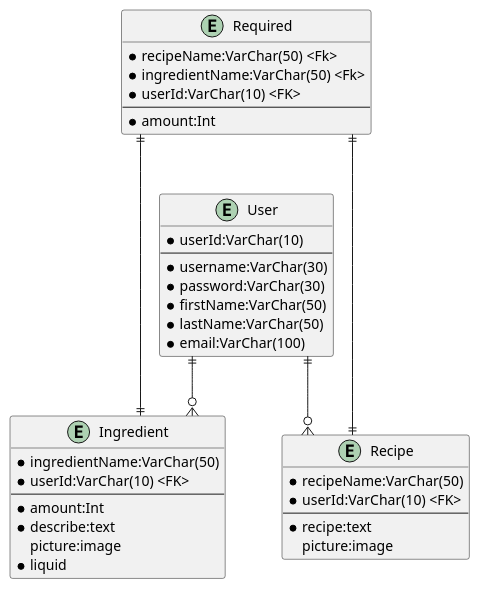
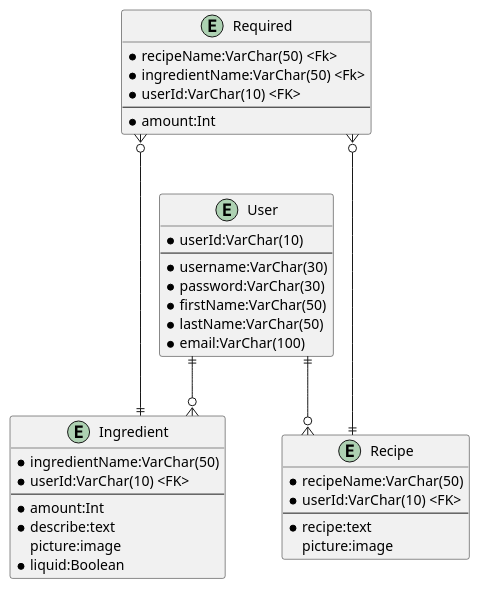
Before and after one commit to bluewolf44/PantryPal: the diagram in Diagrams/BTeamERD.puml, drawn with PlantUML. The commit also changed 1 other file, not shown here.

```diff
--- a/Diagrams/BTeamERD.puml
+++ b/Diagrams/BTeamERD.puml
@@ -1,47 +1,47 @@
 @startuml
 
 skinparam linetype polyline
 skinparam linetype ortho
 
     entity User {
         * userId:VarChar(10)
         --
         * username:VarChar(30)
         * password:VarChar(30)
         * firstName:VarChar(50)
         * lastName:VarChar(50)
         * email:VarChar(100)
     }
 
     entity Ingredient {
         * ingredientName:VarChar(50)
         * userId:VarChar(10) <FK>
         --
         * amount:Int
         * describe:text
         picture:image
-        * liquid
+        * liquid:Boolean
     }
 
     entity Recipe {
         * recipeName:VarChar(50)
         * userId:VarChar(10) <FK>
         --
         * recipe:text
         picture:image
     }
 
     entity Required {
         * recipeName:VarChar(50) <Fk>
         * ingredientName:VarChar(50) <Fk>
         * userId:VarChar(10) <FK>
         --
         * amount:Int
     }
 
     User ||--o{ Ingredient
     User ||--o{ Recipe
-    Required ||---|| Recipe
-    Required ||---|| Ingredient
+    Required }o---|| Recipe
+    Required }o---|| Ingredient
 
 @enduml
```
